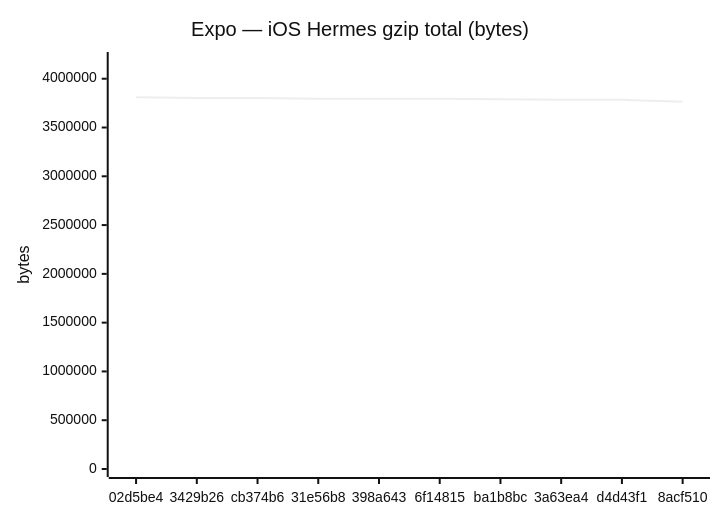
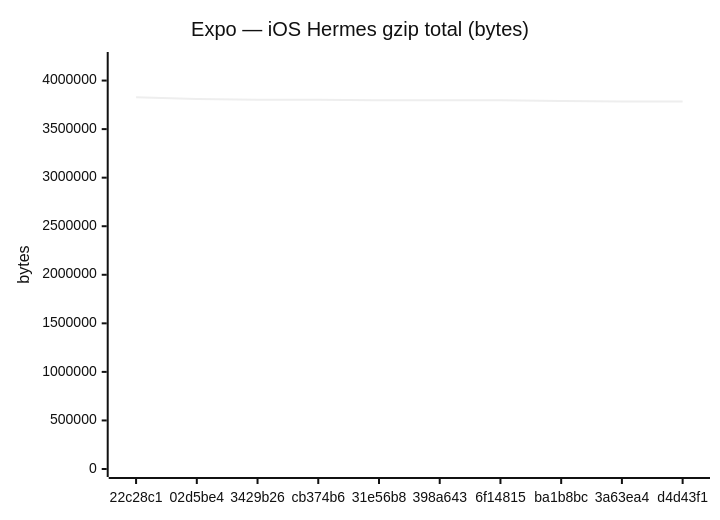
The sixth of 18 diagrams in benchmarks/compare.md (Metaheurist/Rianell), drawn with Mermaid (neutral theme) before and after one commit. The commit also changed other lines of this file and 11 other files, not shown here.

````diff
--- a/benchmarks/compare.md
+++ b/benchmarks/compare.md
@@ -96,7 +96,7 @@
 ```mermaid
 xychart-beta
     title "Expo — iOS Hermes gzip total (bytes)"
-    x-axis ["02d5be4", "3429b26", "cb374b6", "31e56b8", "398a643", "6f14815", "ba1b8bc", "3a63ea4", "d4d43f1", "8acf510"]
-    y-axis "bytes" 0 --> 4191900
-    line [3810818, 3801309, 3801305, 3796002, 3796002, 3796005, 3788525, 3783517, 3783520, 3762734]
+    x-axis ["22c28c1", "02d5be4", "3429b26", "cb374b6", "31e56b8", "398a643", "6f14815", "ba1b8bc", "3a63ea4", "d4d43f1"]
+    y-axis "bytes" 0 --> 4211700
+    line [3828818, 3810818, 3801309, 3801305, 3796002, 3796002, 3796005, 3788525, 3783517, 3783520]
 ```
````
